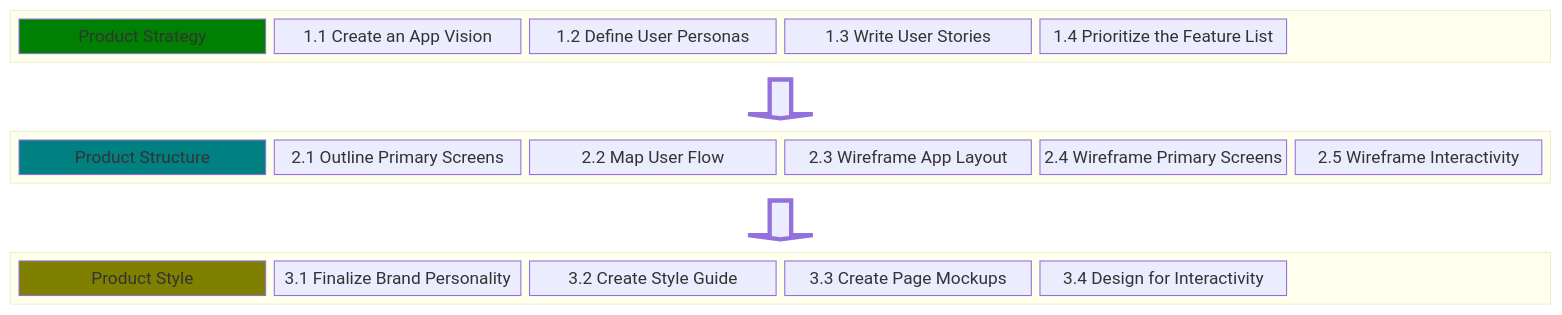
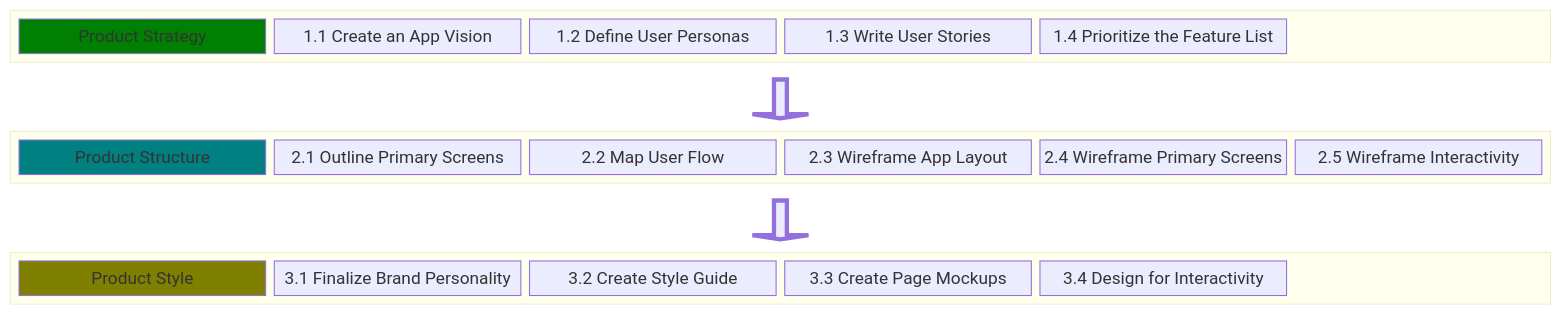
Before and after one commit to chingu-voyages/Handbook: the diagram in docs/resources/techresources/uiux.md, drawn with Mermaid.

Commit message:
Feature: Add block arrows

````diff
--- a/docs/resources/techresources/uiux.md
+++ b/docs/resources/techresources/uiux.md
@@ -15,38 +15,38 @@
 ```mermaid
 block-beta
 columns 1
   block:STRATEGY
     columns 6
     A["Product Strategy"]
     B["1.1 Create an App Vision"]
     C["1.2 Define User Personas"]
     D["1.3 Write User Stories"]
     E["1.4 Prioritize the Feature List"]
     space
   end
-  blockArrowA<["&nbsp;&nbsp;&nbsp;"]>(down)
+  blockArrowA<["&nbsp;"]>(down)
   block:STRUCTURE
     columns 6
     G["Product Structure"]
     H["2.1 Outline Primary Screens"]
     I["2.2 Map User Flow"]
     J["2.3 Wireframe App Layout"]
     K["2.4 Wireframe Primary Screens"]
     L["2.5 Wireframe Interactivity"]
   end
-  blockArrowB<["&nbsp;&nbsp;&nbsp;"]>(down)
+  blockArrowB<["&nbsp"]>(down)
   block:STYLE
     columns 6
     M["Product Style"]
     N["3.1 Finalize Brand Personality"]
     O["3.2 Create Style Guide"]
     P["3.3 Create Page Mockups"]
     Q["3.4 Design for Interactivity"]
     space
   end
   style A fill:#008000
   style G fill:#008080
   style M fill:#808000
   style blockArrowA fill:FFD700,stroke-width:4px
   style blockArrowB fill:FFD700,stroke-width:4px
 ```
````
